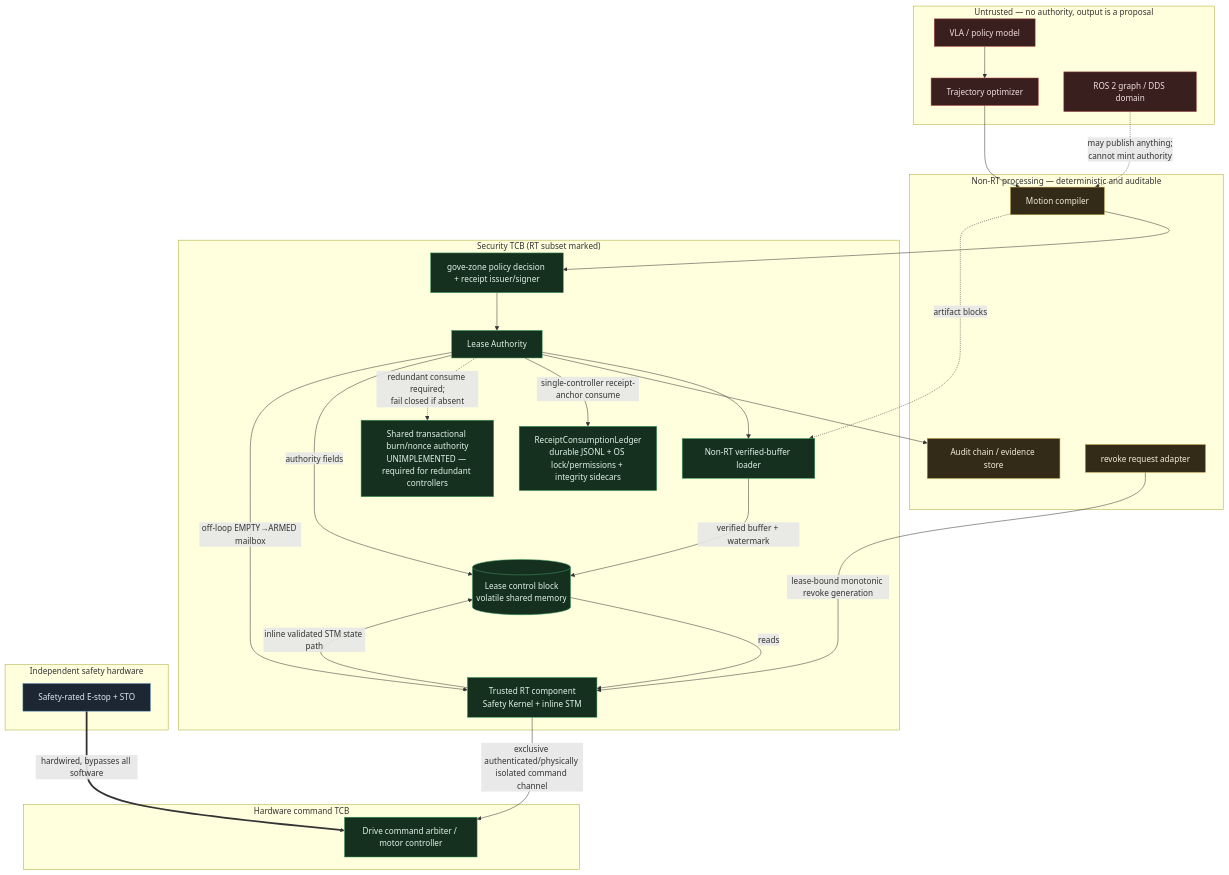
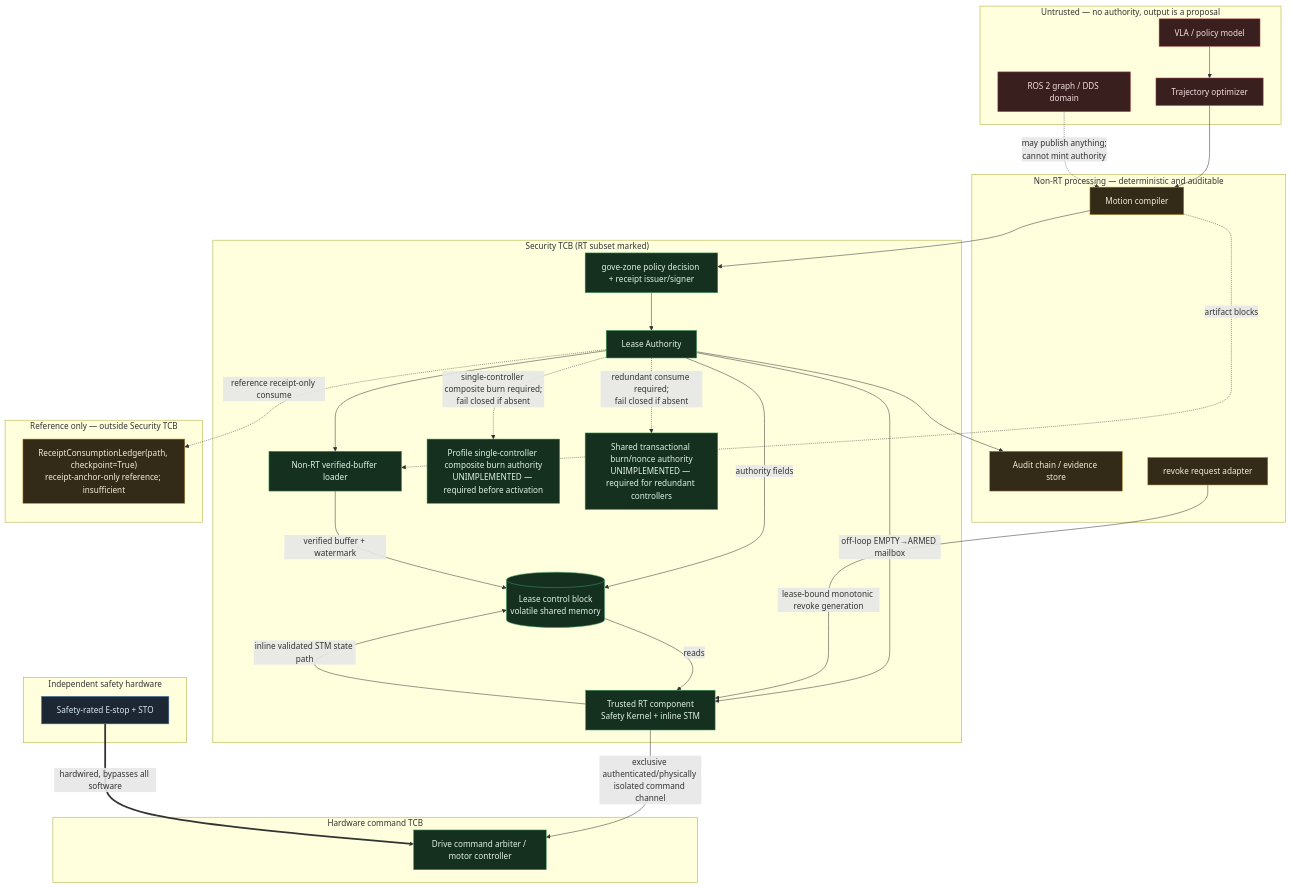
Before and after one commit to acgs-ai/ACGS: the diagram in docs/design/acgs-physical-execution-profile.md, drawn with Mermaid. The commit also changed other lines of this file and 3 other files, not shown here.

````diff
--- a/docs/design/acgs-physical-execution-profile.md
+++ b/docs/design/acgs-physical-execution-profile.md
@@ -89,59 +89,64 @@
 ```mermaid
 flowchart TB
   subgraph UNTRUSTED["Untrusted — no authority, output is a proposal"]
     VLA["VLA / policy model"]
     OPT["Trajectory optimizer"]
     ROS["ROS 2 graph / DDS domain"]
   end
 
   subgraph SEMI["Non-RT processing — deterministic and auditable"]
     MC["Motion compiler"]
     AUD["Audit chain / evidence store"]
     REV["revoke request adapter"]
   end
 
   subgraph TCB["Security TCB (RT subset marked)"]
     ACGS["gove-zone policy decision + receipt issuer/signer"]
     LA["Lease Authority"]
     LOAD["Non-RT verified-buffer loader"]
     RTSK["Trusted RT component<br/>Safety Kernel + inline STM"]
     SHM[("Lease control block<br/>volatile shared memory")]
-    RCL["ReceiptConsumptionLedger<br/>durable JSONL + OS lock/permissions + integrity sidecars"]
+    SCB["Profile single-controller composite burn authority<br/>UNIMPLEMENTED — required before activation"]
     BURN["Shared transactional burn/nonce authority<br/>UNIMPLEMENTED — required for redundant controllers"]
+  end
+
+  subgraph REF["Reference only — outside Security TCB"]
+    RCL["ReceiptConsumptionLedger(path, checkpoint=True)<br/>receipt-anchor-only reference; insufficient"]
   end
 
   subgraph HWT["Hardware command TCB"]
     DRV["Drive command arbiter / motor controller"]
   end
 
   subgraph HW["Independent safety hardware"]
     ESTOP["Safety-rated E-stop + STO"]
   end
 
   VLA --> OPT --> MC
   ROS -. "may publish anything;<br/>cannot mint authority" .-> MC
   MC --> ACGS --> LA
   MC -. "artifact blocks" .-> LOAD
   LA --> LOAD
   LA --> AUD
-  LA -- "single-controller receipt-anchor consume" --> RCL
+  LA -. "reference receipt-only consume" .-> RCL
+  LA -. "single-controller composite burn required;<br/>fail closed if absent" .-> SCB
   LA -. "redundant consume required;<br/>fail closed if absent" .-> BURN
   LA -- "authority fields" --> SHM
   LA -- "off-loop EMPTY→ARMED mailbox" --> RTSK
   LOAD -- "verified buffer + watermark" --> SHM
   REV -- "lease-bound monotonic revoke generation" --> RTSK
   RTSK -- "inline validated STM state path" --> SHM
   SHM -- "reads" --> RTSK
   RTSK -- "exclusive authenticated/physically isolated command channel" --> DRV
   ESTOP == "hardwired, bypasses all software" ==> DRV
 
   classDef untrusted fill:#3a1f1f,stroke:#b45050,color:#f2dede
   classDef semi fill:#332b18,stroke:#b3892f,color:#f5ecd8
   classDef tcb fill:#16301f,stroke:#3f9d63,color:#dff3e6
   classDef hw fill:#1c2733,stroke:#4a80b0,color:#dbe9f5
   class VLA,OPT,ROS untrusted
-  class MC,AUD,REV semi
-  class ACGS,LOAD,RTSK,SHM,LA,RCL,BURN tcb
+  class MC,AUD,REV,RCL semi
+  class ACGS,LOAD,RTSK,SHM,LA,SCB,BURN tcb
   class DRV tcb
   class ESTOP hw
 ```
````
